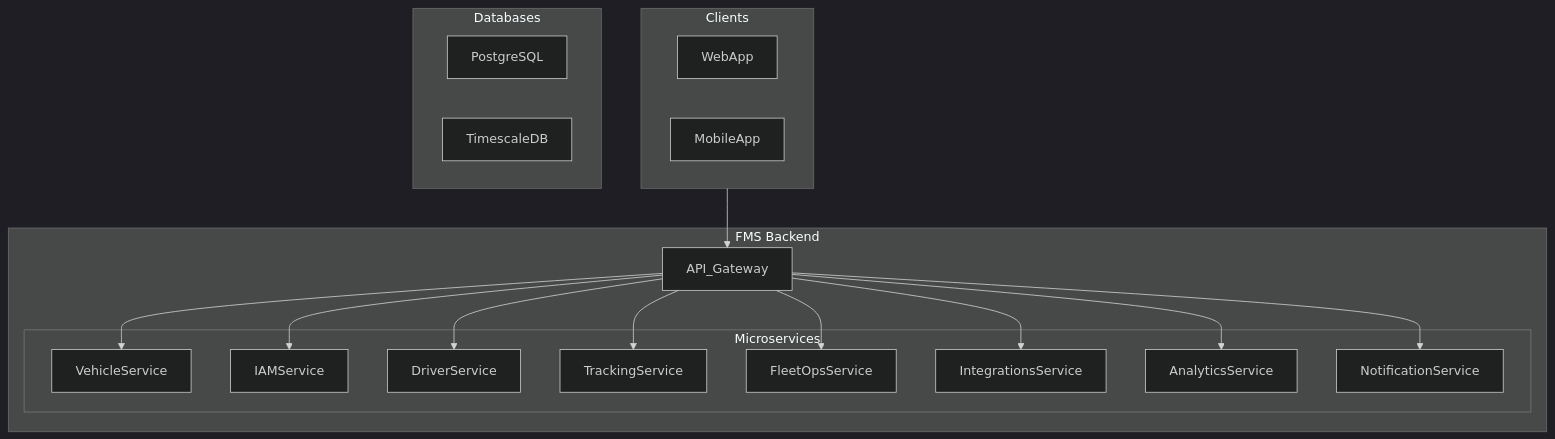
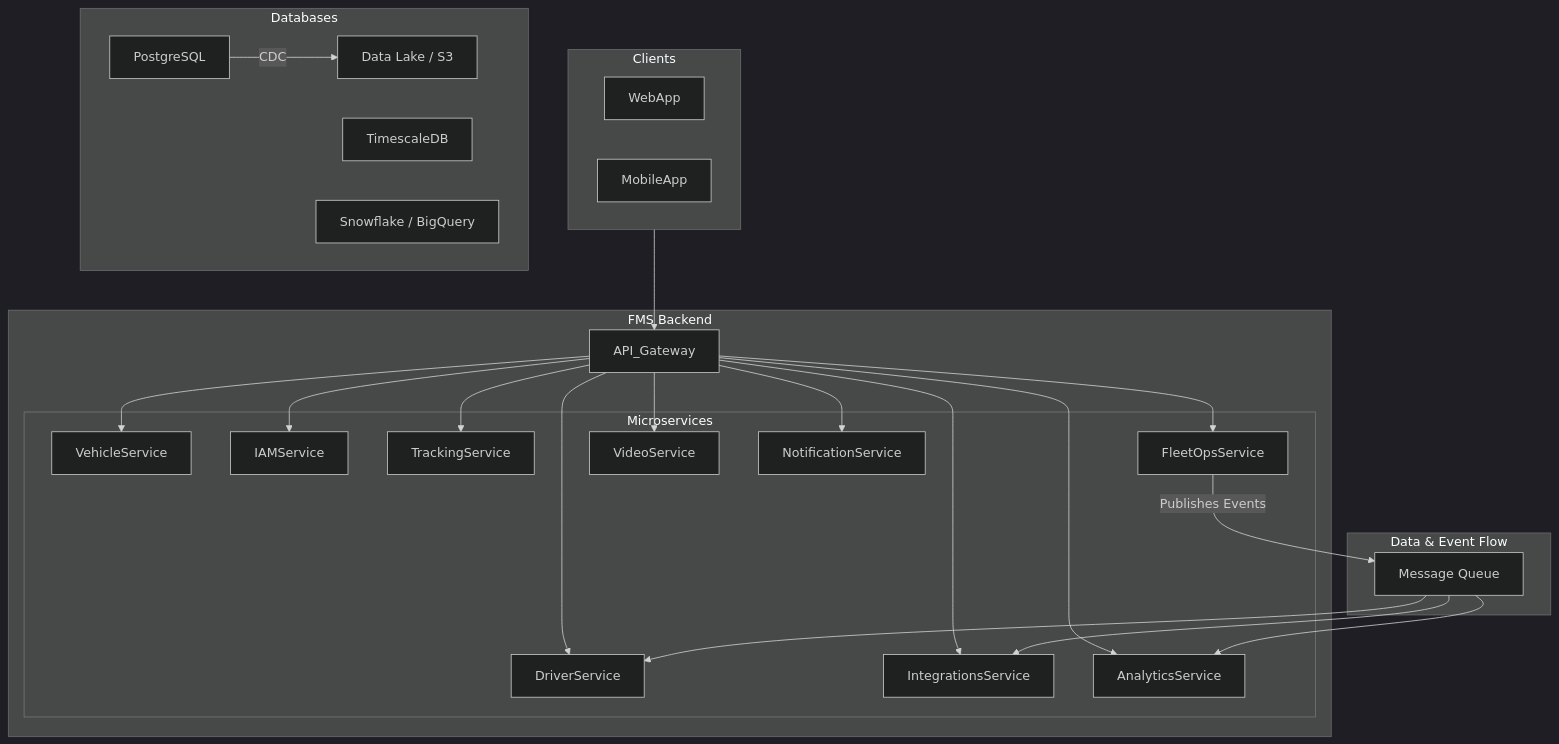
One commit to kamalsoft/fleetapp changed the diagram in README.md. Above: the diagram before and after it, drawn with Mermaid (dark theme). The commit also changed other lines of this file, not shown here.

Commit message:
Refactor README to enhance core features and architecture overview

````diff
--- a/README.md
+++ b/README.md
@@ -24,36 +23,48 @@
 ```mermaid
 graph TD
     subgraph Clients
         WebApp
         MobileApp
     end
 
     subgraph FMS Backend
         API_Gateway
         subgraph Microservices
             VehicleService
             IAMService
             DriverService
             TrackingService
             FleetOpsService
             IntegrationsService
             AnalyticsService
+            VideoService
             NotificationService
         end
     end
 
     subgraph Databases
         PostgreSQL
         TimescaleDB
+        DataLake[Data Lake / S3]
+        DataWarehouse[Snowflake / BigQuery]
     end
 
     Clients --> API_Gateway
     API_Gateway --> VehicleService
     API_Gateway --> DriverService
     API_Gateway --> IAMService
     API_Gateway --> TrackingService
     API_Gateway --> FleetOpsService
     API_Gateway --> IntegrationsService
     API_Gateway --> AnalyticsService
+    API_Gateway --> VideoService
     API_Gateway --> NotificationService
+
+    subgraph Data & Event Flow
+        FleetOpsService -- Publishes Events --> MessageQueue[Message Queue]
+        MessageQueue --> DriverService
+        MessageQueue --> AnalyticsService
+        MessageQueue --> IntegrationsService
+        PostgreSQL -- CDC --> DataLake
+    end
 ```
````
